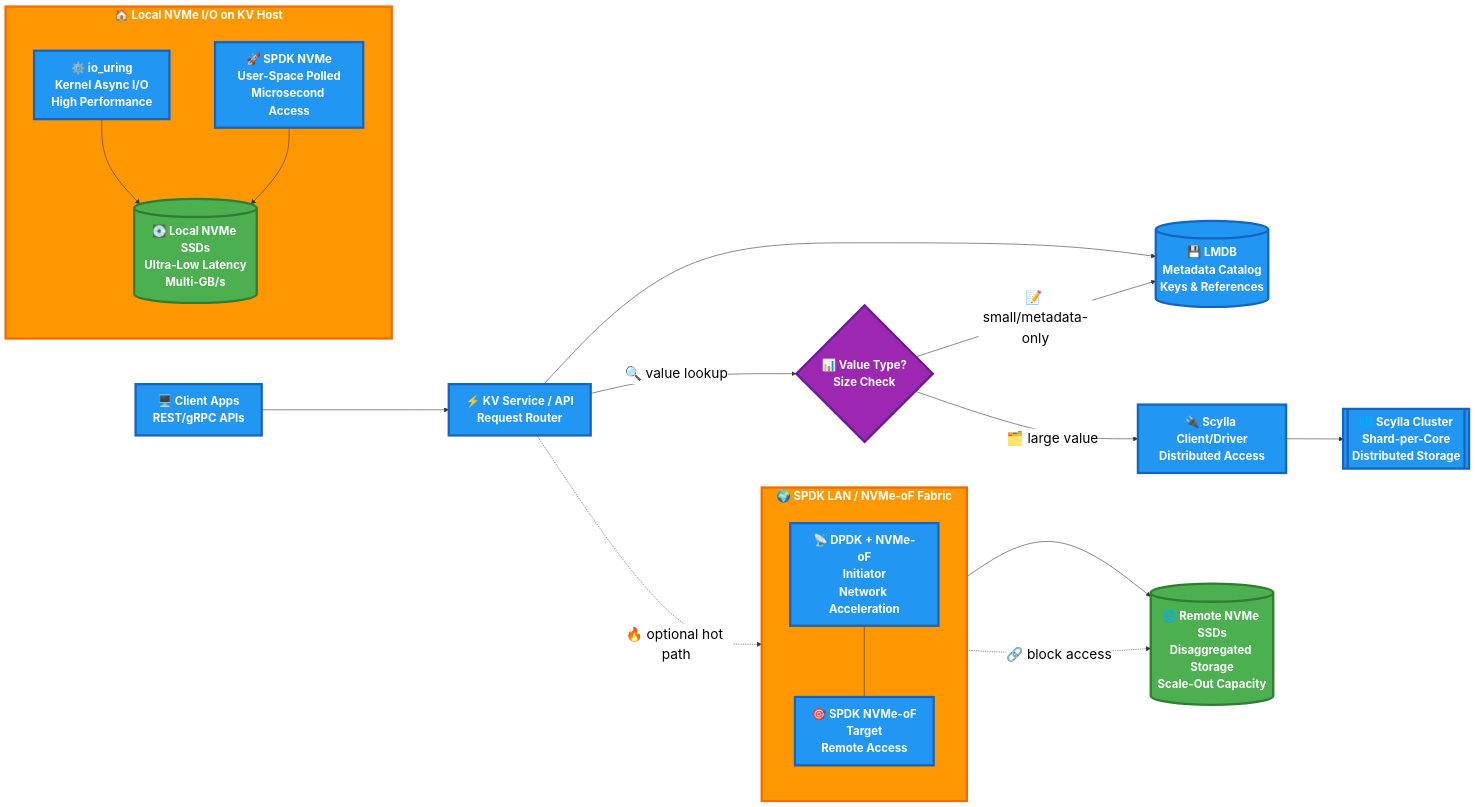
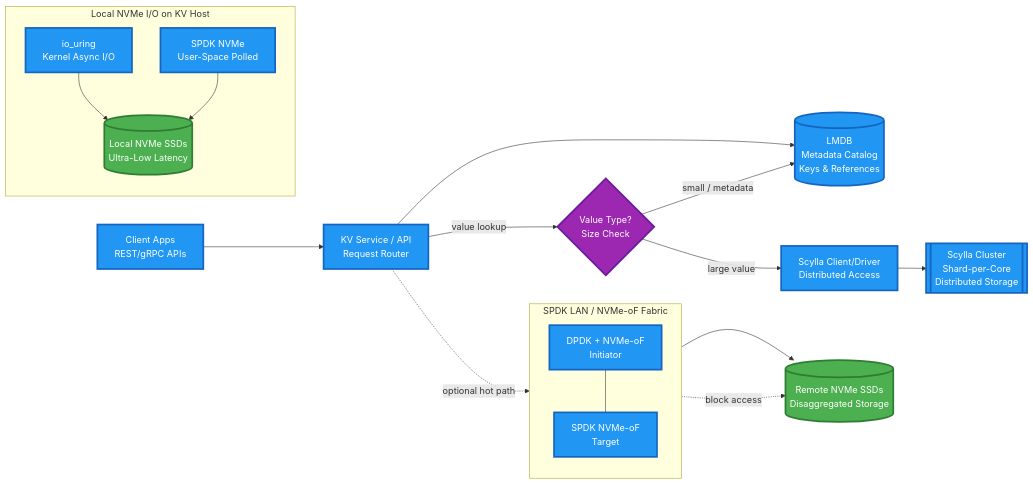
Before and after one commit to nacharya/nacharya.github.io: the diagram in content/en/posts/nvme_perf.md, drawn with Mermaid.

Commit message:
Fix Mermaid diagram syntax for Mermaid v11 compatibility
Remove init directive with single-quoted JSON, emojis in node labels,
and font-size/font-weight in classDef — all rejected by Mermaid 11.
Rewrite with clean standard syntax while preserving the full architecture.

````diff
--- a/content/en/posts/nvme_perf.md
+++ b/content/en/posts/nvme_perf.md
@@ -121,48 +121,36 @@
 ```mermaid
-%%{init: {'theme':'base', 'themeVariables': {'fontSize':'24px', 'fontFamily':'Roboto, Arial, sans-serif', 'primaryColor':'#ffffff', 'primaryTextColor':'#000000', 'primaryBorderColor':'#333333', 'lineColor':'#333333'}, 'flowchart': {'nodeSpacing': 80, 'rankSpacing': 100}}}%%
 flowchart LR
-  %% Top-level: Client apps use a KV service
-  A["🖥️ Client Apps<br/>REST/gRPC APIs"] --> B["⚡ KV Service / API<br/>Request Router"]
+  A["Client Apps<br/>REST/gRPC APIs"] --> B["KV Service / API<br/>Request Router"]
 
-  %% Metadata path
-  B --> M[("💾 LMDB<br/>Metadata Catalog<br/>Keys & References")]
+  B --> M[("LMDB<br/>Metadata Catalog<br/>Keys & References")]
 
-  %% Value routing: small vs. large
-  B -->|"🔍 value lookup"| R{"📊 Value Type?<br/>Size Check"}
-  R -->|"📝 small/metadata-only"| M
-  R -->|"🗂️ large value"| SD["🔌 Scylla Client/Driver<br/>Distributed Access"]
+  B -->|"value lookup"| R{"Value Type?<br/>Size Check"}
+  R -->|"small / metadata"| M
+  R -->|"large value"| SD["Scylla Client/Driver<br/>Distributed Access"]
 
-  %% Local I/O paths on the KV host
-  subgraph LIO["🏠 Local NVMe I/O on KV Host"]
+  subgraph LIO["Local NVMe I/O on KV Host"]
     direction TB
-    UR["⚙️ io_uring<br/>Kernel Async I/O<br/>High Performance"] --> NV[("💽 Local NVMe SSDs<br/>Ultra-Low Latency<br/>Multi-GB/s")]
-    SP["🚀 SPDK NVMe<br/>User-Space Polled<br/>Microsecond Access"] --> NV
+    UR["io_uring<br/>Kernel Async I/O"] --> NV[("Local NVMe SSDs<br/>Ultra-Low Latency")]
+    SP["SPDK NVMe<br/>User-Space Polled"] --> NV
   end
 
-  %% Scylla cluster path for large values
-  SD --> SC[["🌐 Scylla Cluster<br/>Shard-per-Core<br/>Distributed Storage"]]
+  SD --> SC[["Scylla Cluster<br/>Shard-per-Core<br/>Distributed Storage"]]
 
-  %% Optional disaggregation over SPDK LAN (NVMe-oF)
-  subgraph NET["🌍 SPDK LAN / NVMe-oF Fabric"]
+  subgraph NET["SPDK LAN / NVMe-oF Fabric"]
     direction TB
-    INI["📡 DPDK + NVMe-oF<br/>Initiator<br/>Network Acceleration"] --- TGT["🎯 SPDK NVMe-oF<br/>Target<br/>Remote Access"]
+    INI["DPDK + NVMe-oF<br/>Initiator"] --- TGT["SPDK NVMe-oF<br/>Target"]
   end
 
-  %% Remote NVMe target
-  TGT --> RNV[("🌐 Remote NVMe SSDs<br/>Disaggregated Storage<br/>Scale-Out Capacity")]
+  TGT --> RNV[("Remote NVMe SSDs<br/>Disaggregated Storage")]
 
-  %% Wiring optional remote path
-  B -.->|"🔥 optional hot path"| INI
-  INI -.->|"🔗 block access"| RNV
+  B -.->|"optional hot path"| INI
+  INI -.->|"block access"| RNV
 
-  %% Enhanced styling with bigger fonts and larger nodes
-  classDef comp fill:#2196f3,stroke:#1565c0,stroke-width:4px,color:#ffffff,font-size:20px,font-weight:bold;
-  classDef store fill:#4caf50,stroke:#2e7d32,stroke-width:4px,color:#ffffff,font-size:20px,font-weight:bold;
-  classDef fabric fill:#ff9800,stroke:#ef6c00,stroke-width:4px,color:#ffffff,font-size:20px,font-weight:bold;
-  classDef decision fill:#9c27b0,stroke:#6a1b9a,stroke-width:4px,color:#ffffff,font-size:20px,font-weight:bold;
+  classDef comp fill:#2196f3,stroke:#1565c0,stroke-width:3px,color:#ffffff
+  classDef store fill:#4caf50,stroke:#2e7d32,stroke-width:3px,color:#ffffff
+  classDef decision fill:#9c27b0,stroke:#6a1b9a,stroke-width:3px,color:#ffffff
 
-  class A,B,M,SD,UR,SP,INI,TGT,SC comp;
-  class NV,RNV store;
-  class NET,LIO fabric;
-  class R decision;
+  class A,B,M,SD,UR,SP,INI,TGT,SC comp
+  class NV,RNV store
+  class R decision
 ```
````
